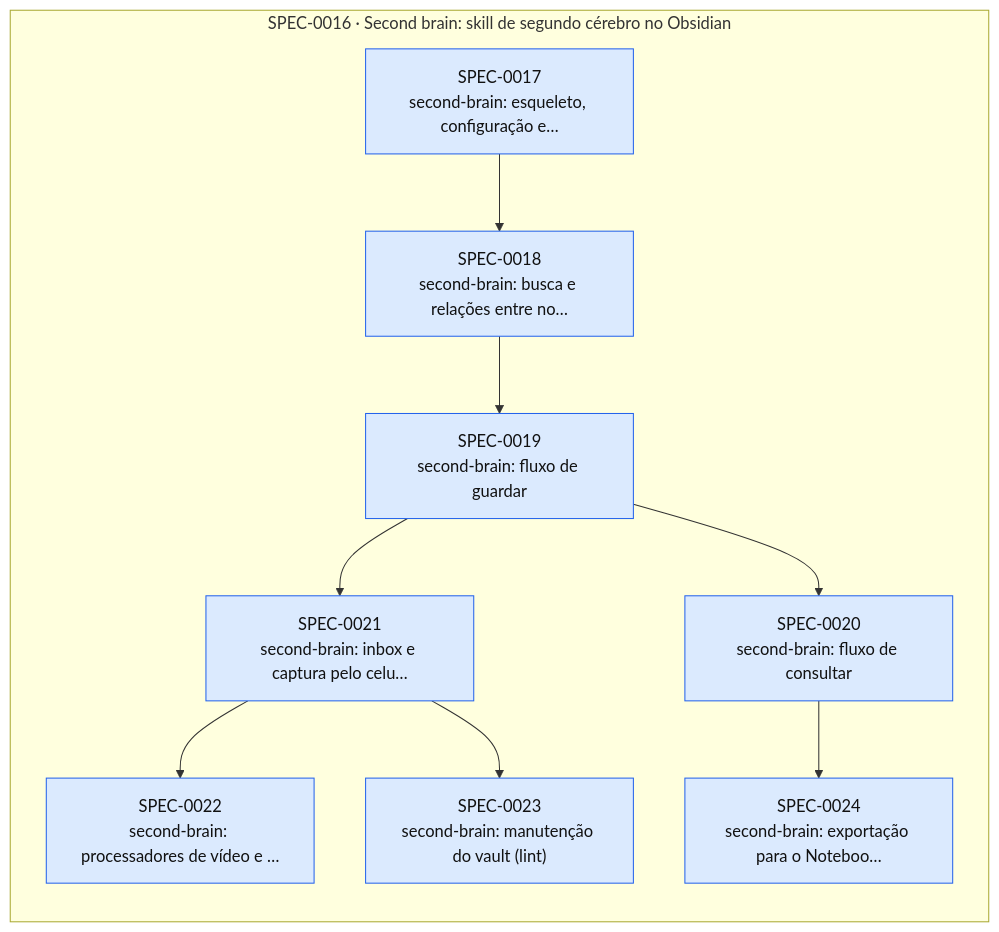
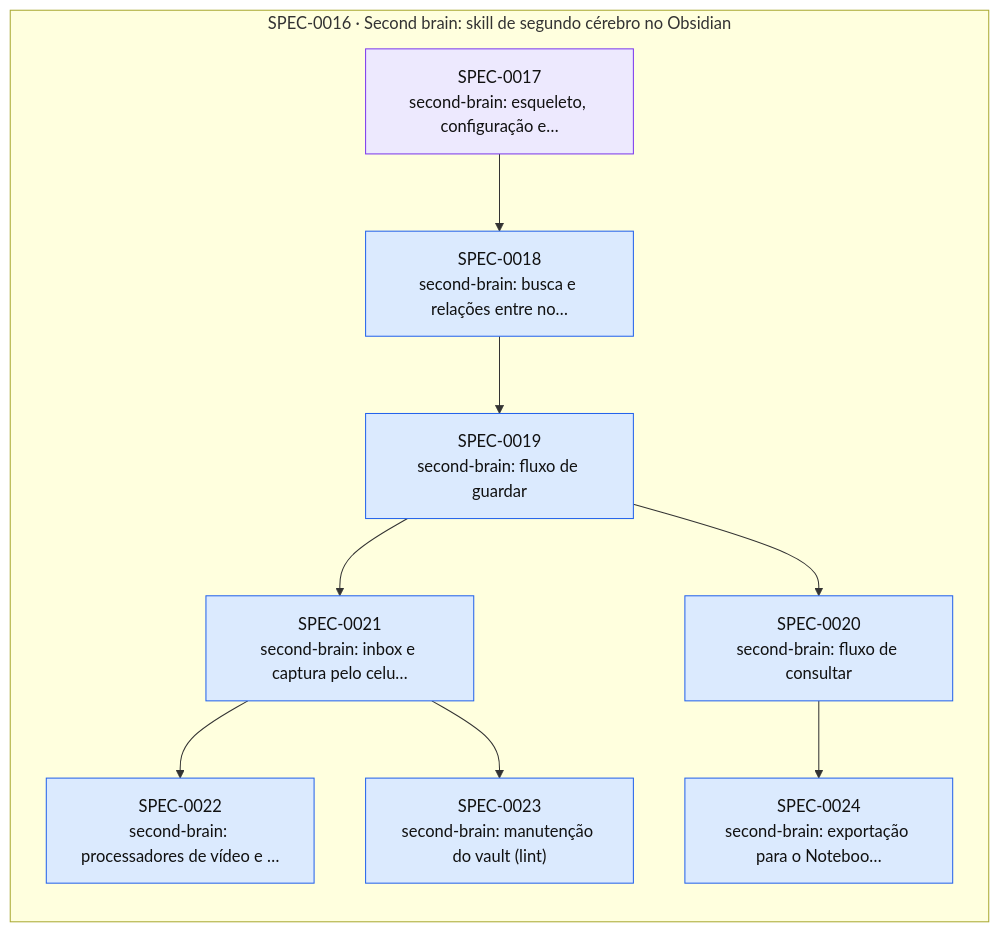
One commit to thomasravache/ai-dev-brain changed the diagram in docs/specs/INDEX.md. Above: the diagram before and after it, drawn with Mermaid. The commit also changed other lines of this file and 2 other files, not shown here.

First line of the commit message:
docs(specs): SPEC-0017 em execução e suíte do second-brain nos gates

````diff
--- a/docs/specs/INDEX.md
+++ b/docs/specs/INDEX.md
@@ -52,25 +52,25 @@
 ```mermaid
 flowchart LR
   subgraph E0016["SPEC-0016 · Second brain: skill de segundo cérebro no Obsidian"]
-    S0017["SPEC-0017<br/>second-brain: esqueleto, configuração e…"]:::approved
+    S0017["SPEC-0017<br/>second-brain: esqueleto, configuração e…"]:::inprogress
     S0018["SPEC-0018<br/>second-brain: busca e relações entre no…"]:::approved
     S0019["SPEC-0019<br/>second-brain: fluxo de guardar"]:::approved
     S0020["SPEC-0020<br/>second-brain: fluxo de consultar"]:::approved
     S0021["SPEC-0021<br/>second-brain: inbox e captura pelo celu…"]:::approved
     S0022["SPEC-0022<br/>second-brain: processadores de vídeo e …"]:::approved
     S0023["SPEC-0023<br/>second-brain: manutenção do vault (lint)"]:::approved
     S0024["SPEC-0024<br/>second-brain: exportação para o Noteboo…"]:::approved
   end
   S0017 --> S0018
   S0018 --> S0019
   S0019 --> S0020
   S0019 --> S0021
   S0021 --> S0022
   S0021 --> S0023
   S0020 --> S0024
   classDef proposed fill:#fef3c7,stroke:#d97706,color:#111
   classDef approved fill:#dbeafe,stroke:#2563eb,color:#111
   classDef inprogress fill:#ede9fe,stroke:#7c3aed,color:#111
   classDef implemented fill:#dcfce7,stroke:#16a34a,color:#111
   classDef deprecated fill:#f3f4f6,stroke:#9ca3af,color:#6b7280
 ```
````
